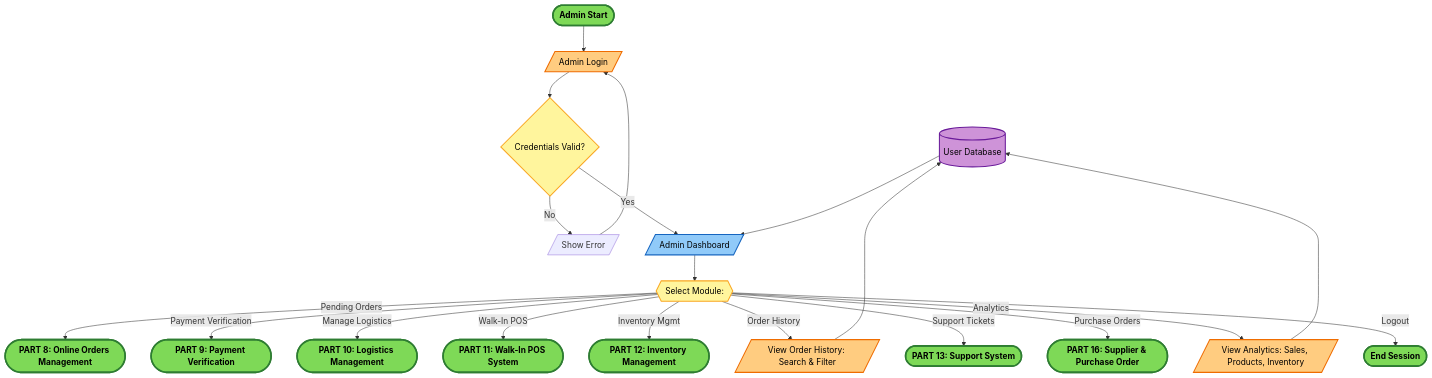
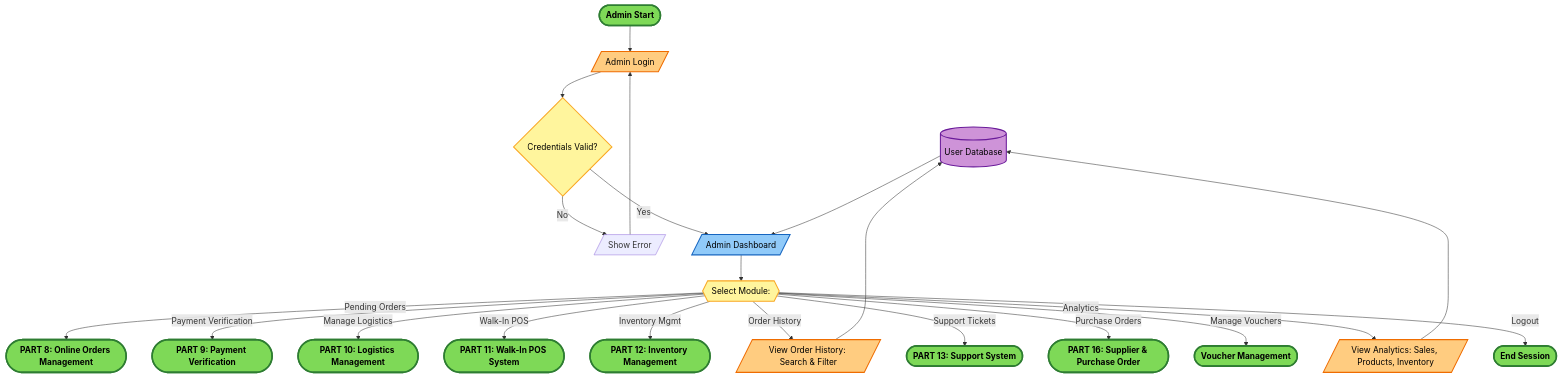
The diagram in Mermaid/Claude/v3.0/7_ADMIN_OVERVIEW.mmd (butterkookies/OOP-TaurusBikeShop), drawn with Mermaid before and after one commit. The commit also changed 49 other files, not shown here.

Commit message:
feat: implement web application checkout features and scaffold admin system v2 architecture

```diff
--- a/Mermaid/Claude/v3.0/7_ADMIN_OVERVIEW.mmd
+++ b/Mermaid/Claude/v3.0/7_ADMIN_OVERVIEW.mmd
@@ -1,47 +1,48 @@
 %% =====================================================
 %% BIKE SHOP - PART 7: ADMIN SYSTEM OVERVIEW
 %% =====================================================
 %% Schema tables: User, Role, UserRole, SystemLog
 %% Connects to: Parts 8–13, 16 (admin modules)
 %% =====================================================
 
 flowchart TD
 
 DB1[("User Database")]
 
 A_START([Admin Start])
 A_START --> A1[/"Admin Login"/]
 A1 --> A2{"Credentials Valid?"}
 A2 -->|No| A2A[/"Show Error"/]
 A2A --> A1
 A2 -->|Yes| A3[/"Admin Dashboard"/]
 
 A3 --> A4{{"Select Module:"}}
 
 A4 -->|Pending Orders| ORDERS(["PART 8: Online Orders Management"])
 A4 -->|Payment Verification| PAYMENT_VER(["PART 9: Payment Verification"])
 A4 -->|Manage Logistics| LOGISTICS(["PART 10: Logistics Management"])
 A4 -->|Walk-In POS| POS(["PART 11: Walk-In POS System"])
 A4 -->|Inventory Mgmt| INVENTORY(["PART 12: Inventory Management"])
 A4 -->|Order History| HISTORY[/"View Order History: Search & Filter"/]
 A4 -->|Support Tickets| SUPPORT(["PART 13: Support System"])
 A4 -->|Purchase Orders| PURCHASE_ORDERS(["PART 16: Supplier & Purchase Order"])
+A4 -->|Manage Vouchers| VOUCHERS(["Voucher Management"])
 A4 -->|Analytics| ANALYTICS[/"View Analytics: Sales, Products, Inventory"/]
 A4 -->|Logout| END([End Session])
 
 HISTORY --> DB1
 ANALYTICS --> DB1
 DB1 --> A3
 
 classDef startend fill:#7ED957,stroke:#2E7D32,stroke-width:3px,color:#000,font-weight:bold
 classDef process fill:#90CAF9,stroke:#1565C0,stroke-width:2px,color:#000
 classDef decision fill:#FFF59D,stroke:#F9A825,stroke-width:2px,color:#000
 classDef io fill:#FFCC80,stroke:#EF6C00,stroke-width:2px,color:#000
 classDef database fill:#CE93D8,stroke:#6A1B9A,stroke-width:2px,color:#000
 classDef connector fill:#FFB6C1,stroke:#FF1493,stroke-width:3px,color:#000,font-weight:bold
 
-class A_START,ORDERS,PAYMENT_VER,LOGISTICS,POS,INVENTORY,SUPPORT,PURCHASE_ORDERS,END startend
+class A_START,ORDERS,PAYMENT_VER,LOGISTICS,POS,INVENTORY,SUPPORT,PURCHASE_ORDERS,VOUCHERS,END startend
 class A3 process
 class A2,A4 decision
 class A1,HISTORY,ANALYTICS io
 class DB1 database
```
